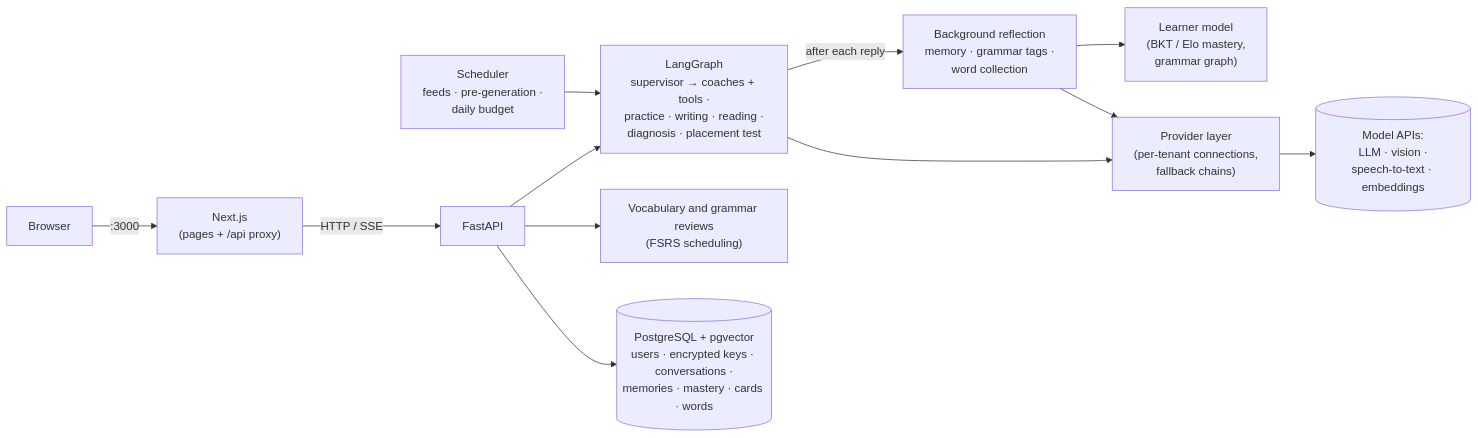
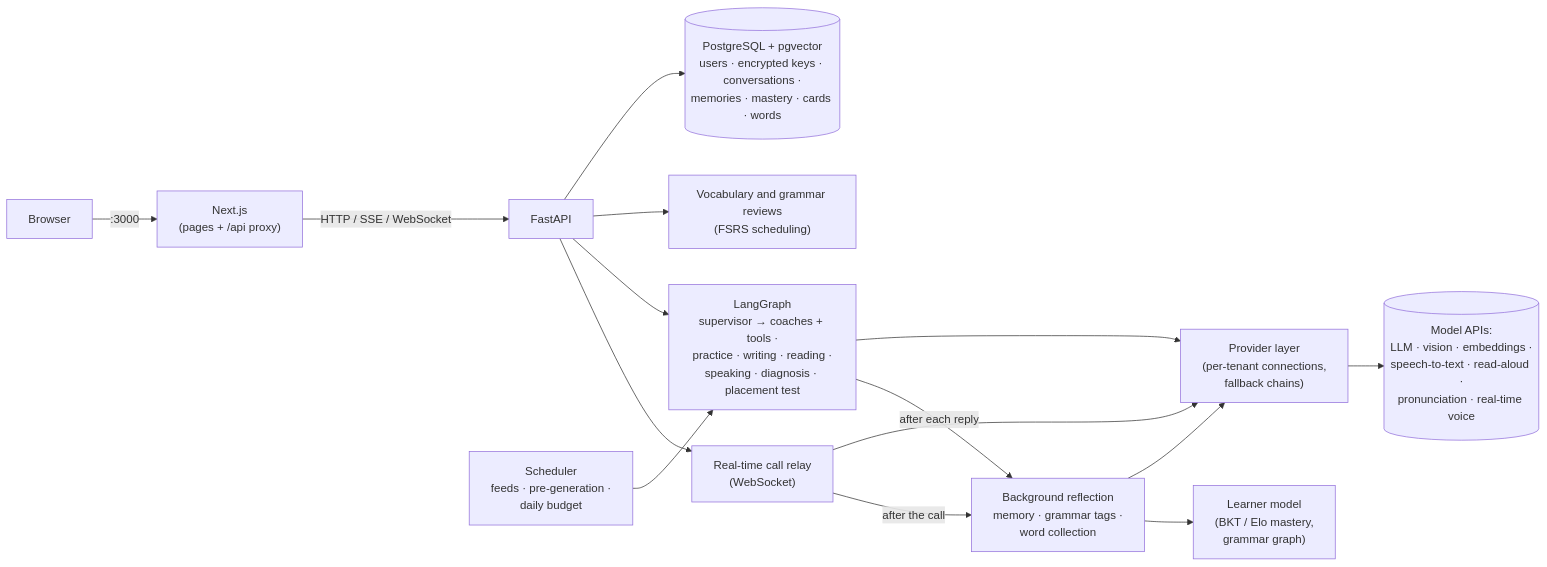
Before and after one commit to YangD1/lingo-agent: the diagram in README.md, drawn with Mermaid. The commit also changed other lines of this file and 9 other files, not shown here.

First line of the commit message:
docs: 任务 64.4 README 补口语练习和通话截图，标 P3 完成

````diff
--- a/README.md
+++ b/README.md
@@ -143,14 +145,17 @@
 ```mermaid
 flowchart LR
     B[Browser] -->|:3000| F["Next.js<br/>(pages + /api proxy)"]
-    F -->|"HTTP / SSE"| A[FastAPI]
-    A --> G["LangGraph<br/>supervisor → coaches + tools ·<br/>practice · writing · reading ·<br/>diagnosis · placement test"]
+    F -->|"HTTP / SSE / WebSocket"| A[FastAPI]
+    A --> W
+    A --> G["LangGraph<br/>supervisor → coaches + tools ·<br/>practice · writing · reading ·<br/>speaking · diagnosis · placement test"]
+    W["Real-time call relay<br/>(WebSocket)"] -->|"after the call"| R
     G -->|"after each reply"| R["Background reflection<br/>memory · grammar tags ·<br/>word collection"]
     R --> L["Learner model<br/>(BKT / Elo mastery,<br/>grammar graph)"]
     A --> V["Vocabulary and grammar reviews<br/>(FSRS scheduling)"]
     S["Scheduler<br/>feeds · pre-generation ·<br/>daily budget"] --> G
     G --> P["Provider layer<br/>(per-tenant connections,<br/>fallback chains)"]
     R --> P
-    P --> M[("Model APIs:<br/>LLM · vision ·<br/>speech-to-text · embeddings")]
+    W --> P
+    P --> M[("Model APIs:<br/>LLM · vision · embeddings ·<br/>speech-to-text · read-aloud ·<br/>pronunciation · real-time voice")]
     A --> D[("PostgreSQL + pgvector<br/>users · encrypted keys · conversations ·<br/>memories · mastery · cards · words")]
 ```
````
